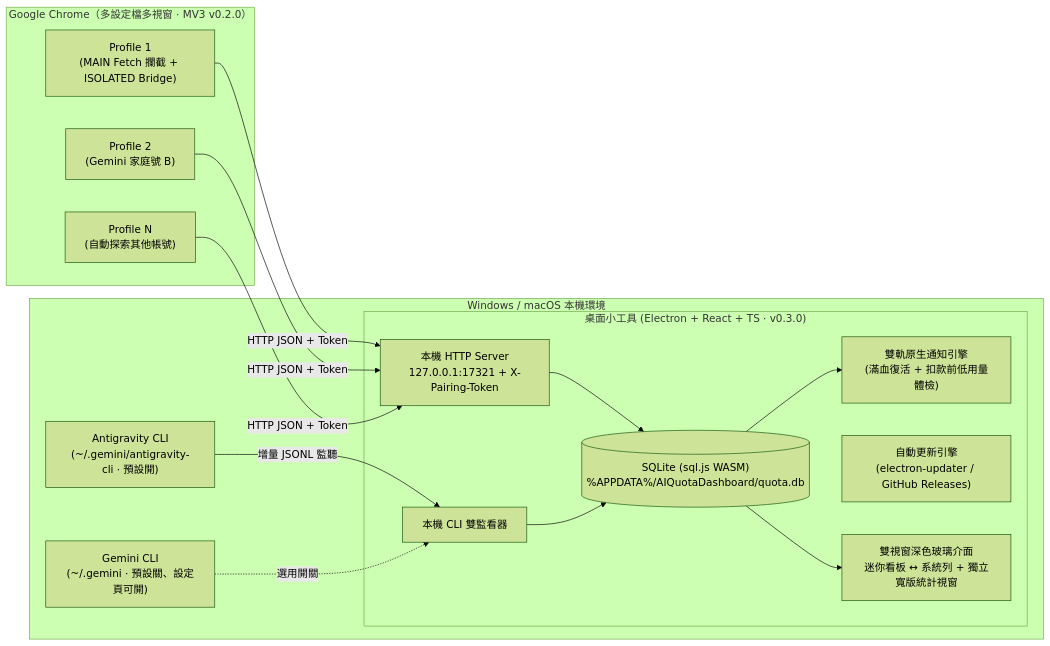
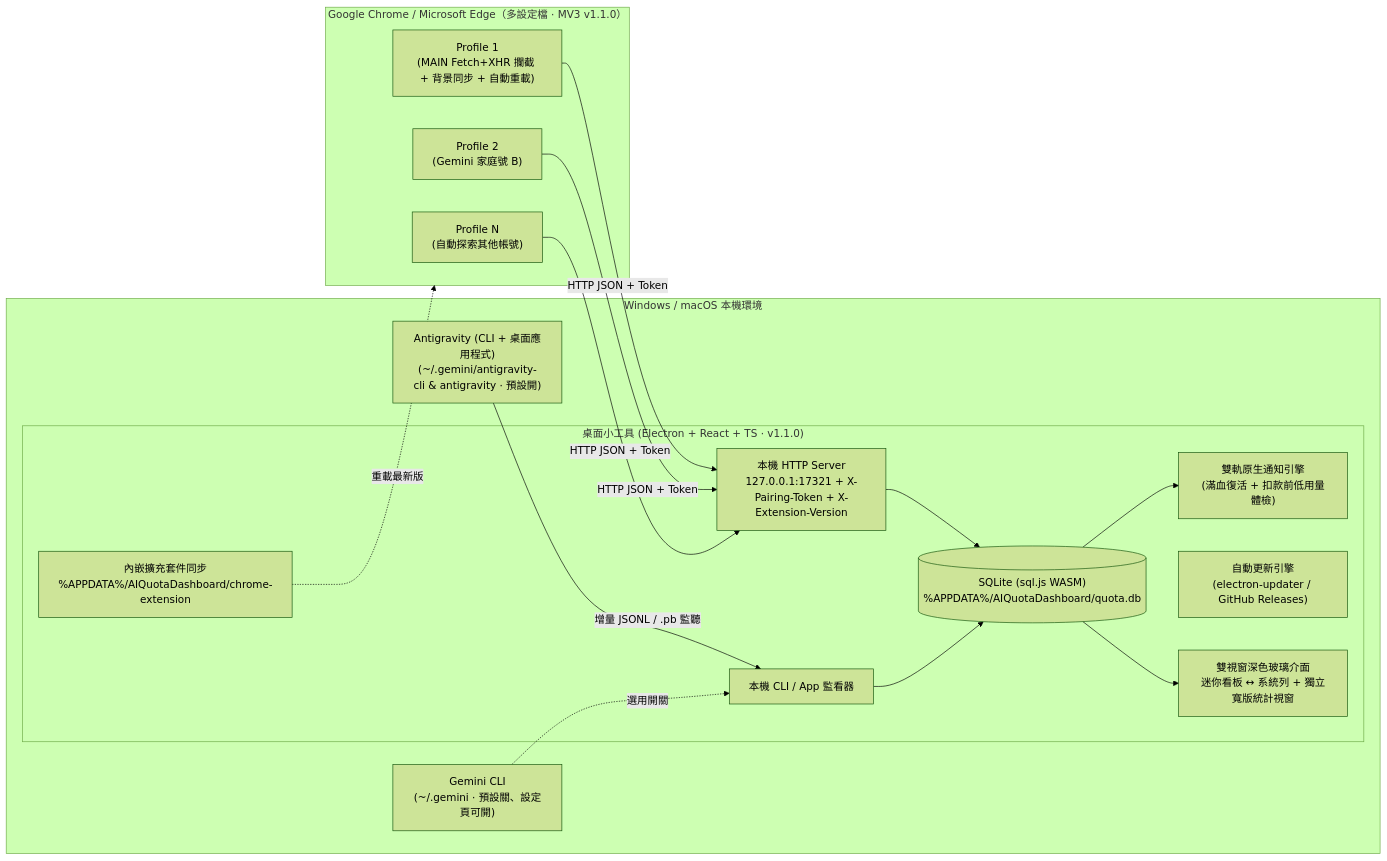
One commit to dong1121/ai-quota-dashboard changed the diagram in AI額度儀表板_專案規劃規格書.md. Above: the diagram before and after it, drawn with Mermaid (forest theme). The commit also changed other lines of this file and 3 other files, not shown here.

````diff
--- a/AI額度儀表板_專案規劃規格書.md
+++ b/AI額度儀表板_專案規劃規格書.md
@@ -47,31 +47,33 @@
 ```mermaid
 flowchart LR
-    subgraph Chrome["Google Chrome（多設定檔多視窗 · MV3 v0.2.0）"]
-        P1["Profile 1\n(MAIN Fetch 攔截 + ISOLATED Bridge)"]
+    subgraph Chrome["Google Chrome / Microsoft Edge（多設定檔 · MV3 v1.1.0）"]
+        P1["Profile 1\n(MAIN Fetch+XHR 攔截 + 背景同步 + 自動重載)"]
         P2["Profile 2\n(Gemini 家庭號 B)"]
         P3["Profile N\n(自動探索其他帳號)"]
     end
 
     subgraph LocalOS["Windows / macOS 本機環境"]
-        AGY["Antigravity CLI\n(~/.gemini/antigravity-cli · 預設開)"]
+        AGY["Antigravity (CLI + 桌面應用程式)\n(~/.gemini/antigravity-cli & antigravity · 預設開)"]
         GCLI["Gemini CLI\n(~/.gemini · 預設關、設定頁可開)"]
-        subgraph App["桌面小工具 (Electron + React + TS · v0.3.0)"]
-            API["本機 HTTP Server\n127.0.0.1:17321 + X-Pairing-Token"]
-            WATCH["本機 CLI 雙監看器"]
+        subgraph App["桌面小工具 (Electron + React + TS · v1.1.0)"]
+            API["本機 HTTP Server\n127.0.0.1:17321 + X-Pairing-Token + X-Extension-Version"]
+            WATCH["本機 CLI / App 監看器"]
+            EXTSYNC["內嵌擴充套件同步\n%APPDATA%/AIQuotaDashboard/chrome-extension"]
             DB[("SQLite (sql.js WASM)\n%APPDATA%/AIQuotaDashboard/quota.db")]
             NOTIF["雙軌原生通知引擎\n(滿血復活 + 扣款前低用量體檢)"]
             UPD["自動更新引擎\n(electron-updater / GitHub Releases)"]
             UI["雙視窗深色玻璃介面\n迷你看板 ↔ 系統列 + 獨立寬版統計視窗"]
         end
     end
 
     P1 -->|HTTP JSON + Token| API
     P2 -->|HTTP JSON + Token| API
     P3 -->|HTTP JSON + Token| API
-    AGY -->|增量 JSONL 監聽| WATCH
+    EXTSYNC -.->|重載最新版| Chrome
+    AGY -->|增量 JSONL / .pb 監聽| WATCH
     GCLI -.->|選用開關| WATCH
     API --> DB
     WATCH --> DB
     DB --> UI
     DB --> NOTIF
 ```
````
